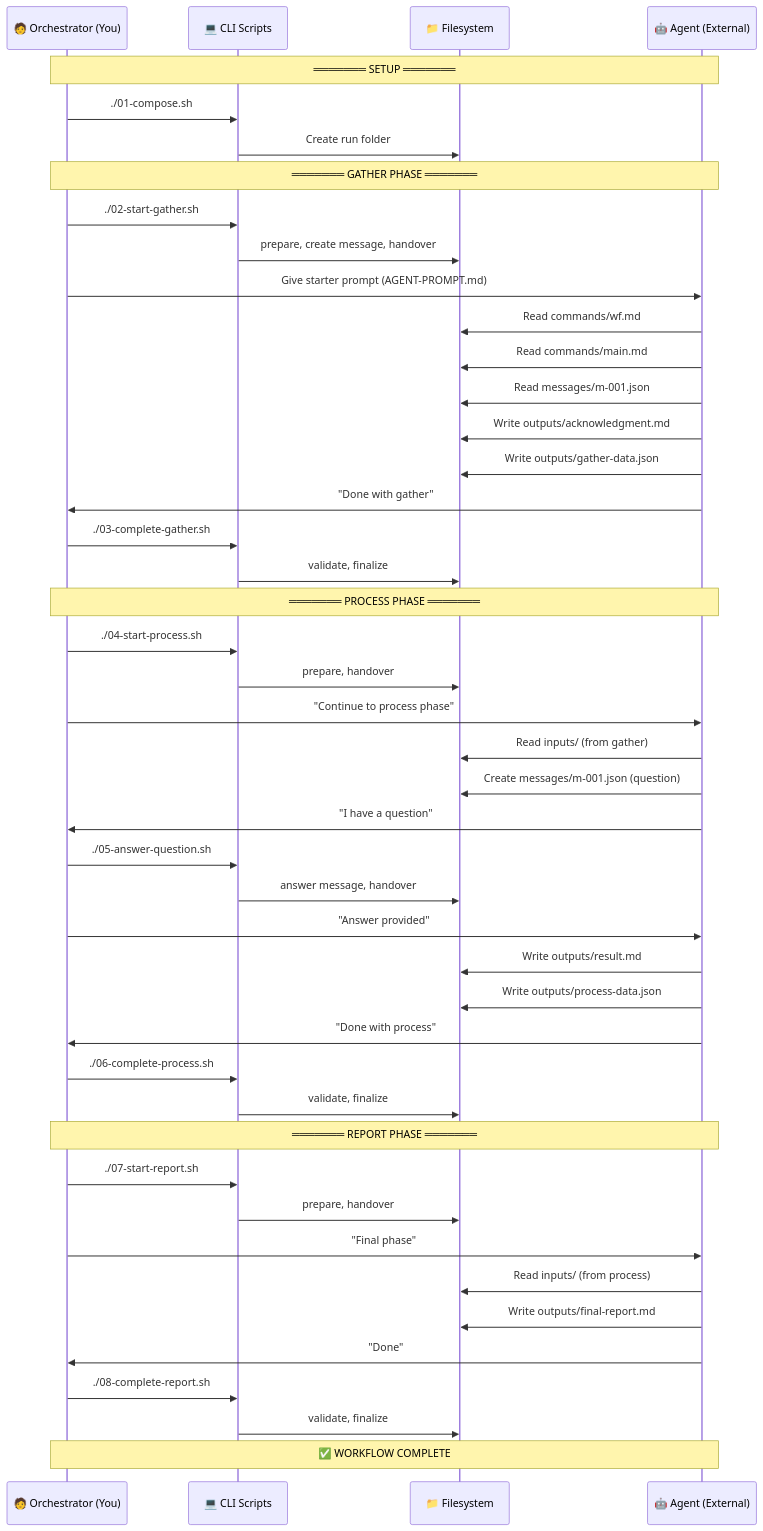
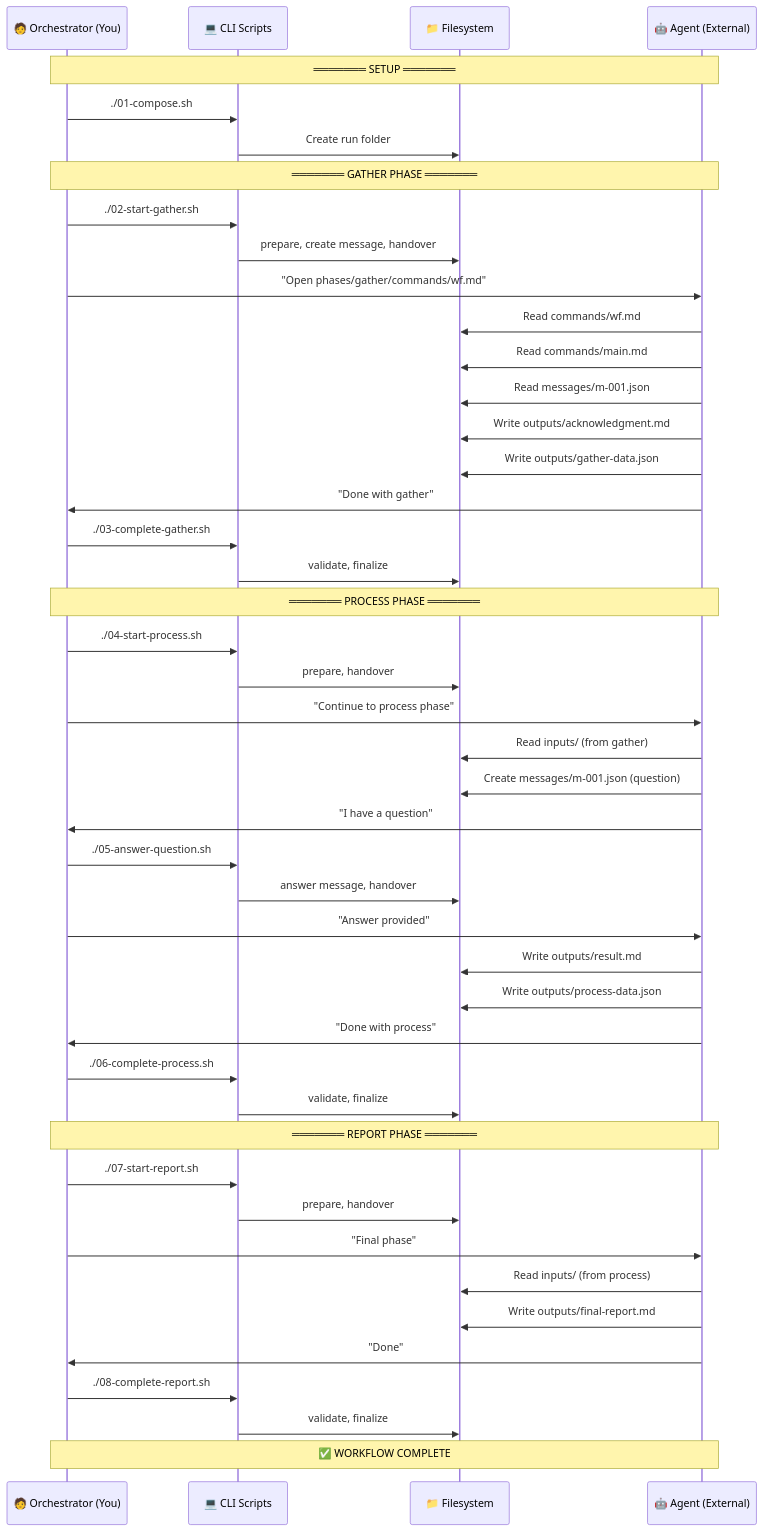
Before and after one commit to AI-Substrate/chainglass: the diagram in docs/how/dev/manual-wf-run/README.md, drawn with Mermaid. The commit also changed other lines of this file and 3 other files, not shown here.

Commit message:
refactor: remove redundant AGENT-PROMPT files, wf.md is the agent instruction

````diff
--- a/docs/how/dev/manual-wf-run/README.md
+++ b/docs/how/dev/manual-wf-run/README.md
@@ -56,60 +56,60 @@
 ```mermaid
 sequenceDiagram
     participant O as 🧑 Orchestrator (You)
     participant CLI as 💻 CLI Scripts
     participant FS as 📁 Filesystem
     participant A as 🤖 Agent (External)
 
     Note over O,A: ═══════ SETUP ═══════
     O->>CLI: ./01-compose.sh
     CLI->>FS: Create run folder
 
     Note over O,A: ═══════ GATHER PHASE ═══════
     O->>CLI: ./02-start-gather.sh
     CLI->>FS: prepare, create message, handover
-    O->>A: Give starter prompt (AGENT-PROMPT.md)
+    O->>A: "Open phases/gather/commands/wf.md"
     
     A->>FS: Read commands/wf.md
     A->>FS: Read commands/main.md
     A->>FS: Read messages/m-001.json
     A->>FS: Write outputs/acknowledgment.md
     A->>FS: Write outputs/gather-data.json
     A->>O: "Done with gather"
     
     O->>CLI: ./03-complete-gather.sh
     CLI->>FS: validate, finalize
 
     Note over O,A: ═══════ PROCESS PHASE ═══════
     O->>CLI: ./04-start-process.sh
     CLI->>FS: prepare, handover
     O->>A: "Continue to process phase"
     
     A->>FS: Read inputs/ (from gather)
     A->>FS: Create messages/m-001.json (question)
     A->>O: "I have a question"
     
     O->>CLI: ./05-answer-question.sh
     CLI->>FS: answer message, handover
     O->>A: "Answer provided"
     
     A->>FS: Write outputs/result.md
     A->>FS: Write outputs/process-data.json
     A->>O: "Done with process"
     
     O->>CLI: ./06-complete-process.sh
     CLI->>FS: validate, finalize
 
     Note over O,A: ═══════ REPORT PHASE ═══════
     O->>CLI: ./07-start-report.sh
     CLI->>FS: prepare, handover
     O->>A: "Final phase"
     
     A->>FS: Read inputs/ (from process)
     A->>FS: Write outputs/final-report.md
     A->>O: "Done"
     
     O->>CLI: ./08-complete-report.sh
     CLI->>FS: validate, finalize
     
     Note over O,A: ✅ WORKFLOW COMPLETE
 ```
````
